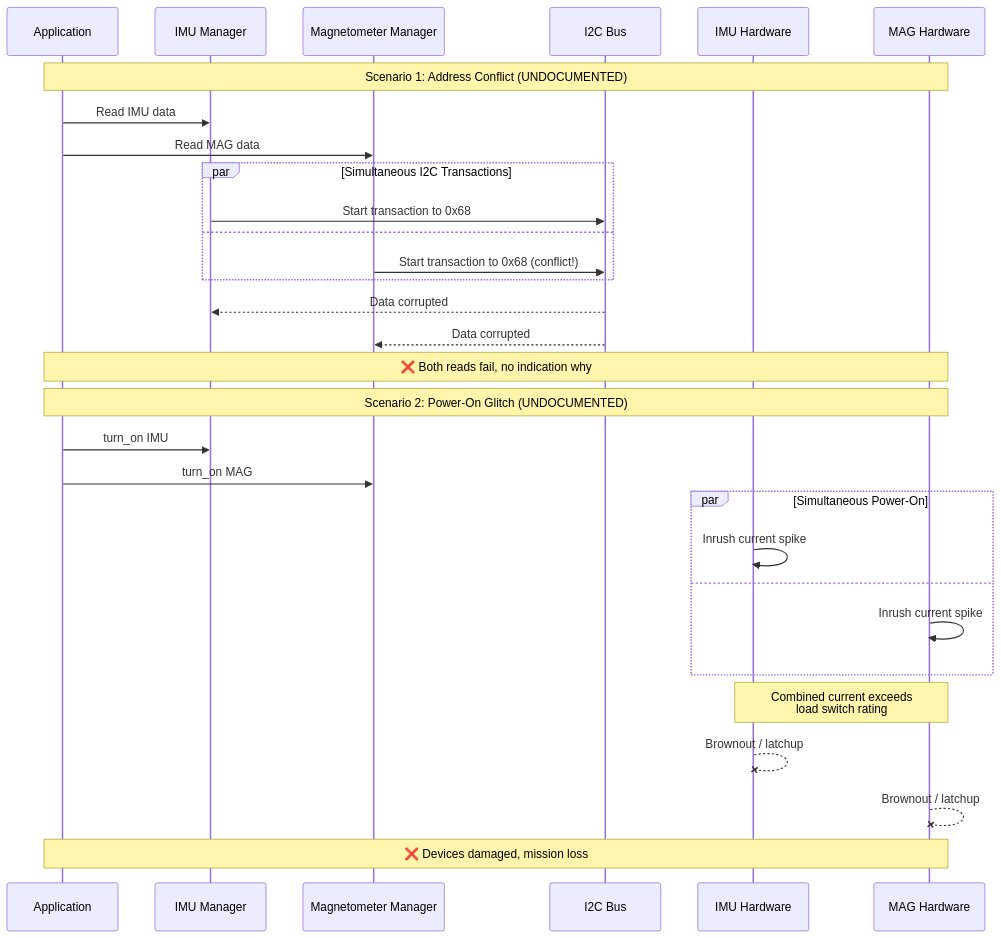
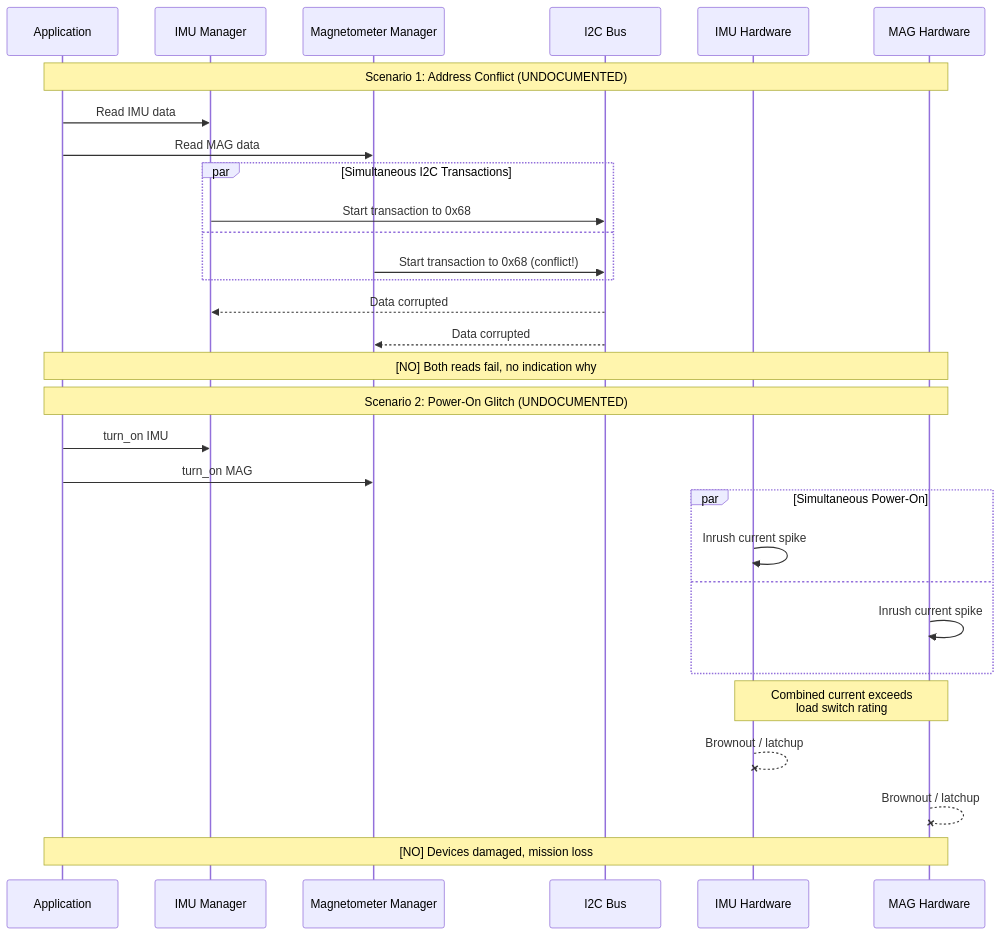
Before and after one commit to Lizo-RoadTown/PROVES_LIBRARY: the sixth of 9 diagrams in docs/diagrams/knowledge-gaps.md, drawn with Mermaid. The commit also changed other lines of this file and 152 other files, not shown here.

````diff
--- a/docs/diagrams/knowledge-gaps.md
+++ b/docs/diagrams/knowledge-gaps.md
@@ -387,43 +387,43 @@
 ```mermaid
 sequenceDiagram
     participant App as Application
     participant IMU as IMU Manager
     participant Mag as Magnetometer Manager
     participant Bus as I2C Bus
     participant HW_IMU as IMU Hardware
     participant HW_MAG as MAG Hardware
 
     Note over App,HW_MAG: Scenario 1: Address Conflict (UNDOCUMENTED)
 
     App->>IMU: Read IMU data
     App->>Mag: Read MAG data
 
     par Simultaneous I2C Transactions
         IMU->>Bus: Start transaction to 0x68
     and
         Mag->>Bus: Start transaction to 0x68 (conflict!)
     end
 
     Bus-->>IMU: Data corrupted
     Bus-->>Mag: Data corrupted
 
-    Note over App,HW_MAG: ❌ Both reads fail, no indication why
+    Note over App,HW_MAG: [NO] Both reads fail, no indication why
 
     Note over App,HW_MAG: Scenario 2: Power-On Glitch (UNDOCUMENTED)
 
     App->>IMU: turn_on IMU
     App->>Mag: turn_on MAG
 
     par Simultaneous Power-On
         HW_IMU->>HW_IMU: Inrush current spike
     and
         HW_MAG->>HW_MAG: Inrush current spike
     end
 
     Note over HW_IMU,HW_MAG: Combined current exceeds<br/>load switch rating
 
     HW_IMU--XHW_IMU: Brownout / latchup
     HW_MAG--XHW_MAG: Brownout / latchup
 
-    Note over App,HW_MAG: ❌ Devices damaged, mission loss
+    Note over App,HW_MAG: [NO] Devices damaged, mission loss
 ```
````
